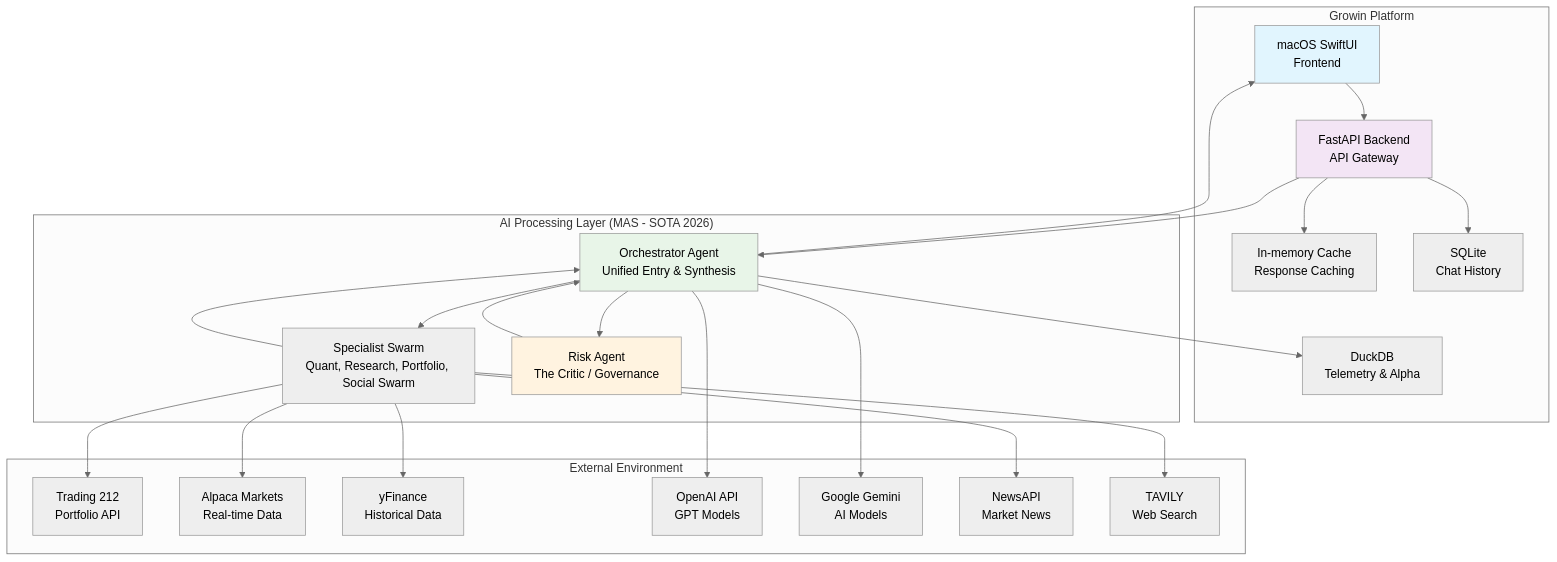
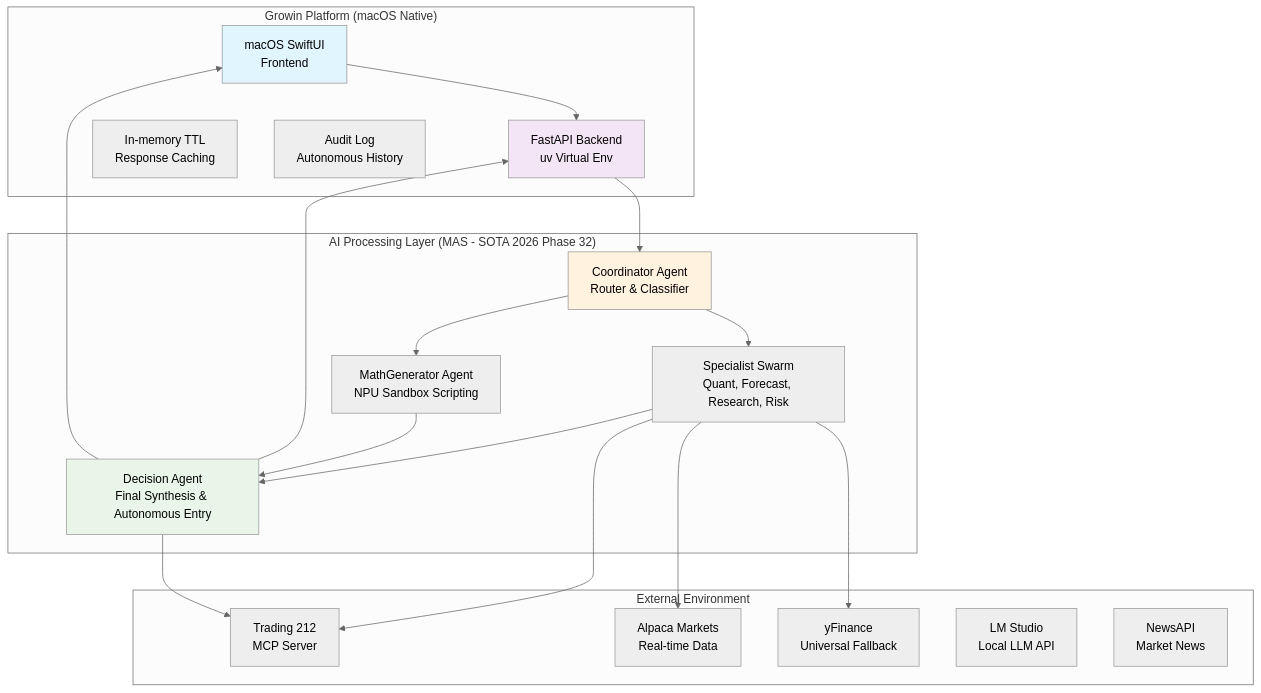
Before and after one commit to sank29mane/growin-app: the diagram in docs/ARCHITECTURE.md, drawn with Mermaid (neutral theme). The commit also changed other lines of this file and 68 other files, not shown here.

Commit message:
feat(phase-31/33): comprehensive architectural sync, ticker normalization, and high-fidelity plan

````diff
--- a/docs/ARCHITECTURE.md
+++ b/docs/ARCHITECTURE.md
@@ -15,50 +15,43 @@
 ```mermaid
 graph TB
     subgraph "External Environment"
-        T212[Trading 212<br/>Portfolio API]
+        T212[Trading 212<br/>MCP Server]
         ALP[Alpaca Markets<br/>Real-time Data]
-        YF[yFinance<br/>Historical Data]
-        OPENAI[OpenAI API<br/>GPT Models]
-        GEMINI[Google Gemini<br/>AI Models]
+        YF[yFinance<br/>Universal Fallback]
+        LMSTUDIO[LM Studio<br/>Local LLM API]
         NEWS[NewsAPI<br/>Market News]
-        TAVILY[TAVILY<br/>Web Search]
     end
 
-    subgraph "Growin Platform"
+    subgraph "Growin Platform (macOS Native)"
         UI[macOS SwiftUI<br/>Frontend]
-        API[FastAPI Backend<br/>API Gateway]
-        CACHE[In-memory Cache<br/>Response Caching]
-        DB[SQLite<br/>Chat History]
-        ANALYTICS[DuckDB<br/>Telemetry & Alpha]
+        API[FastAPI Backend<br/>uv Virtual Env]
+        CACHE[In-memory TTL<br/>Response Caching]
+        AUDIT[Audit Log<br/>Autonomous History]
     end
 
-    subgraph "AI Processing Layer (MAS - SOTA 2026)"
-        ORCH[Orchestrator Agent<br/>Unified Entry & Synthesis]
-        SWARM[Specialist Swarm<br/>Quant, Research, Portfolio, Social Swarm]
-        RISK[Risk Agent<br/>The Critic / Governance]
+    subgraph "AI Processing Layer (MAS - SOTA 2026 Phase 32)"
+        COORD[Coordinator Agent<br/>Router & Classifier]
+        SWARM[Specialist Swarm<br/>Quant, Forecast, Research, Risk]
+        MATH[MathGenerator Agent<br/>NPU Sandbox Scripting]
+        DECISION[Decision Agent<br/>Final Synthesis & Autonomous Entry]
     end
 
     UI --> API
-    API --> CACHE
-    API --> DB
-    API --> ORCH
-    ORCH --> ANALYTICS
-    ORCH --> SWARM
-    SWARM --> ORCH
-    ORCH --> RISK
-    RISK --> ORCH
-    ORCH --> UI
+    API --> COORD
+    COORD --> SWARM
+    COORD --> MATH
+    SWARM --> DECISION
+    MATH --> DECISION
+    DECISION --> API
+    DECISION --> UI
 
     SWARM --> T212
     SWARM --> ALP
     SWARM --> YF
-    SWARM --> NEWS
-    SWARM --> TAVILY
-    ORCH --> OPENAI
-    ORCH --> GEMINI
+    DECISION --> T212
 
     style UI fill:#e1f5fe
     style API fill:#f3e5f5
-    style ORCH fill:#e8f5e8
-    style RISK fill:#fff3e0
+    style DECISION fill:#e8f5e8
+    style COORD fill:#fff3e0
 ```
````
